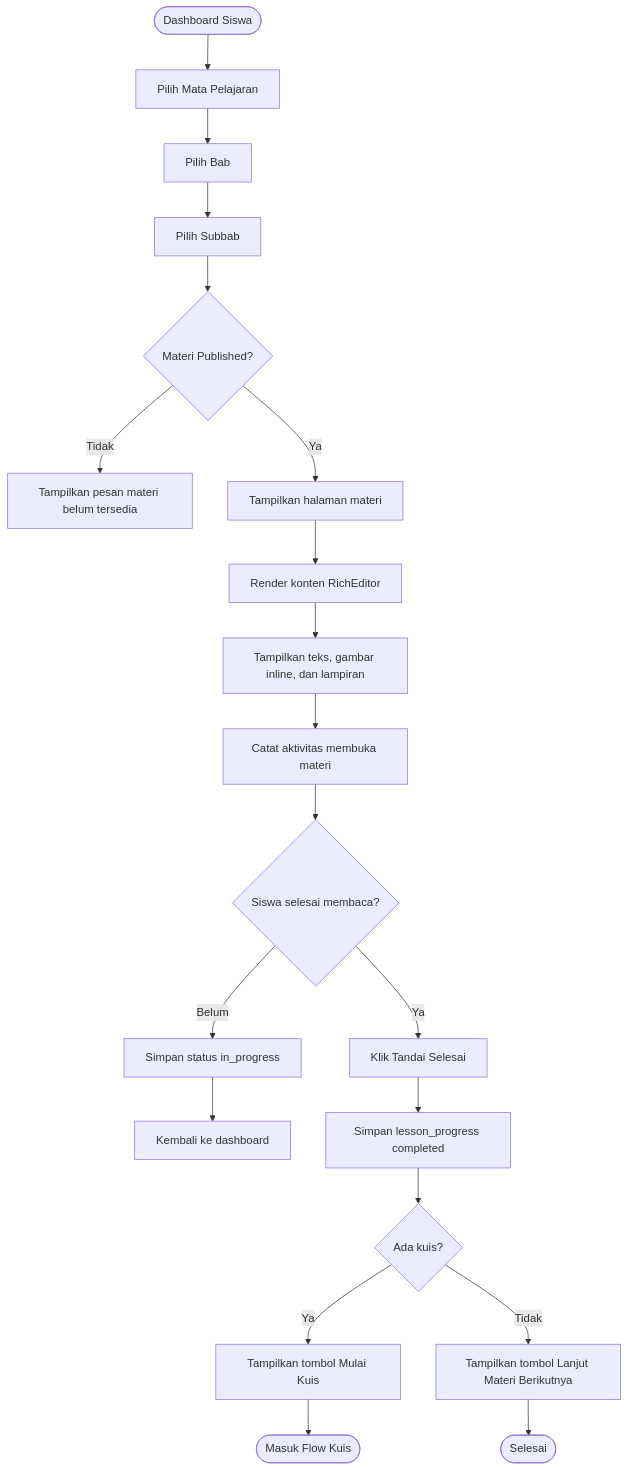
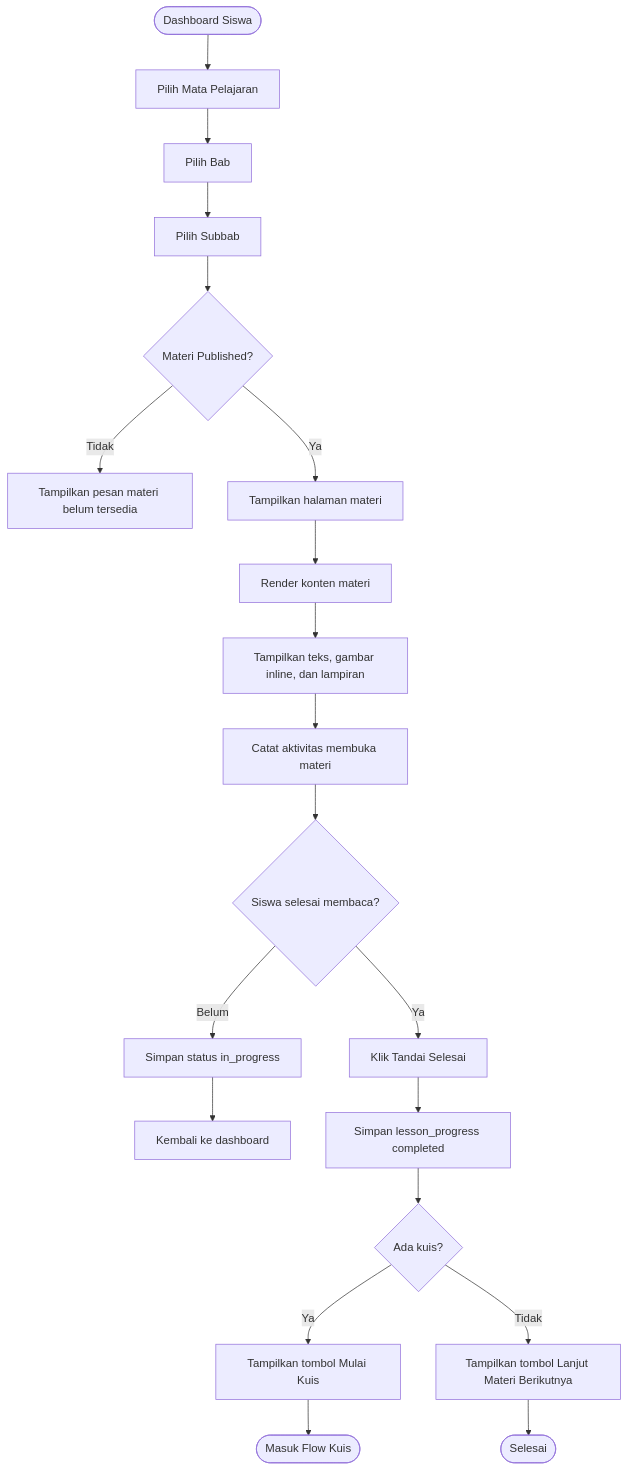
Before and after one commit to yopihendriansah90/weblmsgeo: the second of 6 diagrams in prd2.MD, drawn with Mermaid. The commit also changed other lines of this file and 384 other files, not shown here.

````diff
--- a/prd2.MD
+++ b/prd2.MD
@@ -1593,22 +1592,22 @@
 ```mermaid
 flowchart TD
     A([Dashboard Siswa]) --> B[Pilih Mata Pelajaran]
     B --> C[Pilih Bab]
     C --> D[Pilih Subbab]
     D --> E{Materi Published?}
     E -- Tidak --> F[Tampilkan pesan materi belum tersedia]
     E -- Ya --> G[Tampilkan halaman materi]
-    G --> H[Render konten RichEditor]
+    G --> H[Render konten materi]
     H --> I[Tampilkan teks, gambar inline, dan lampiran]
     I --> J[Catat aktivitas membuka materi]
     J --> K{Siswa selesai membaca?}
     K -- Belum --> L[Simpan status in_progress]
     L --> M[Kembali ke dashboard]
     K -- Ya --> N[Klik Tandai Selesai]
     N --> O[Simpan lesson_progress completed]
     O --> P{Ada kuis?}
     P -- Ya --> Q[Tampilkan tombol Mulai Kuis]
     P -- Tidak --> R[Tampilkan tombol Lanjut Materi Berikutnya]
     Q --> S([Masuk Flow Kuis])
     R --> T([Selesai])
 ```
````
